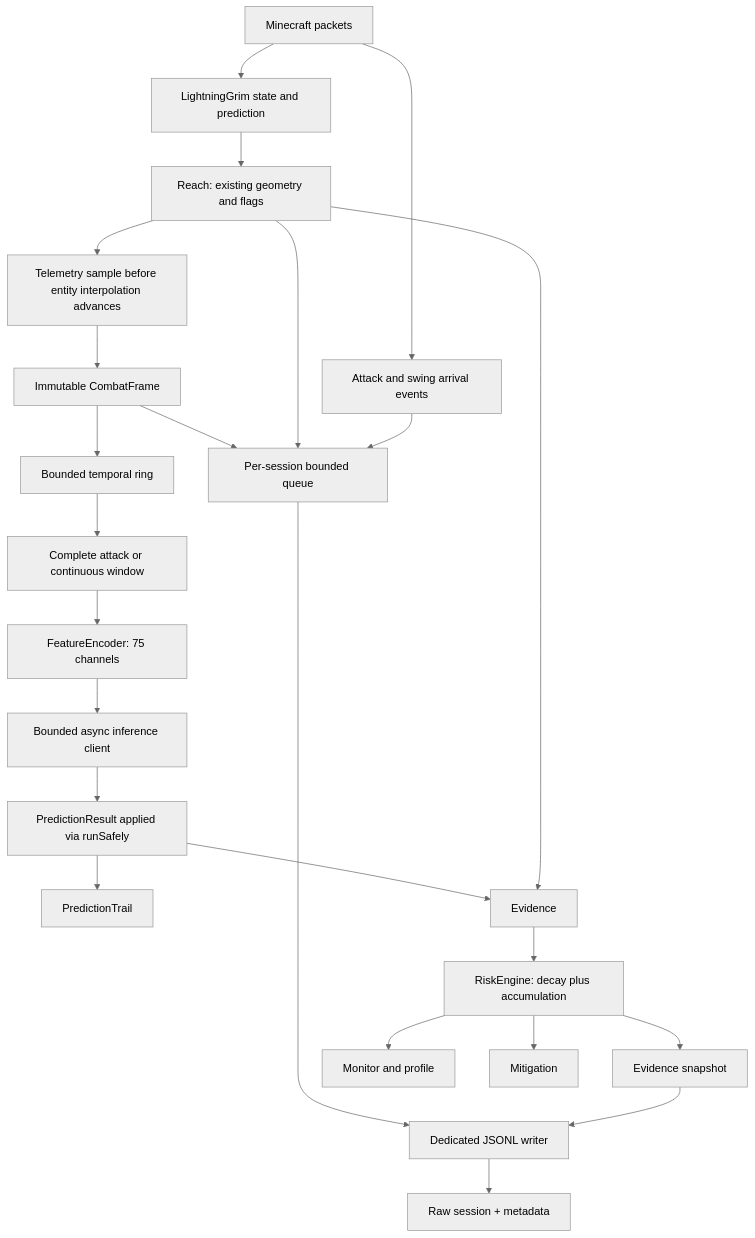
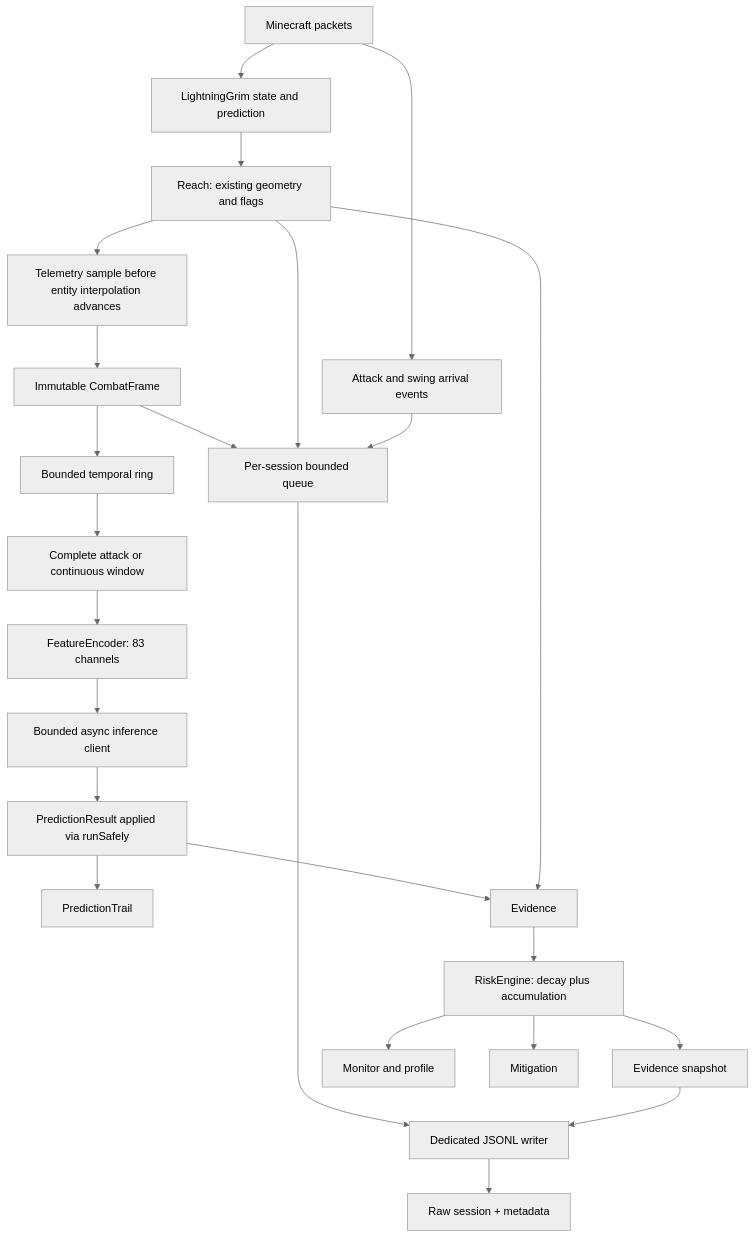
The diagram in docs/neural-architecture.md (colegiialas-prog/AeroAC), drawn with Mermaid (neutral theme) before and after one commit. The commit also changed other lines of this file and 30 other files, not shown here.

First line of the commit message:
Feature schema v5: rotation in mouse counts from raw schema 2

````diff
--- a/docs/neural-architecture.md
+++ b/docs/neural-architecture.md
@@ -161,26 +161,26 @@
 ```mermaid
 flowchart TD
   A[Minecraft packets] --> B[LightningGrim state and prediction]
   B --> R[Reach: existing geometry and flags]
   R --> C[Telemetry sample before entity interpolation advances]
   C --> D[Immutable CombatFrame]
   D --> E[Bounded temporal ring]
   D --> Q[Per-session bounded queue]
   R --> Q
   A --> F[Attack and swing arrival events]
   F --> Q
   Q --> W[Dedicated JSONL writer]
   W --> M[Raw session + metadata]
   E --> G[Complete attack or continuous window]
-  G --> X[FeatureEncoder: 75 channels]
+  G --> X[FeatureEncoder: 83 channels]
   X --> I[Bounded async inference client]
   I --> P[PredictionResult applied via runSafely]
   P --> T[PredictionTrail]
   P --> V[Evidence]
   R --> V
   V --> K[RiskEngine: decay plus accumulation]
   K --> S[Evidence snapshot]
   K --> N[Monitor and profile]
   K --> Z[Mitigation]
   S --> W
 ```
````
